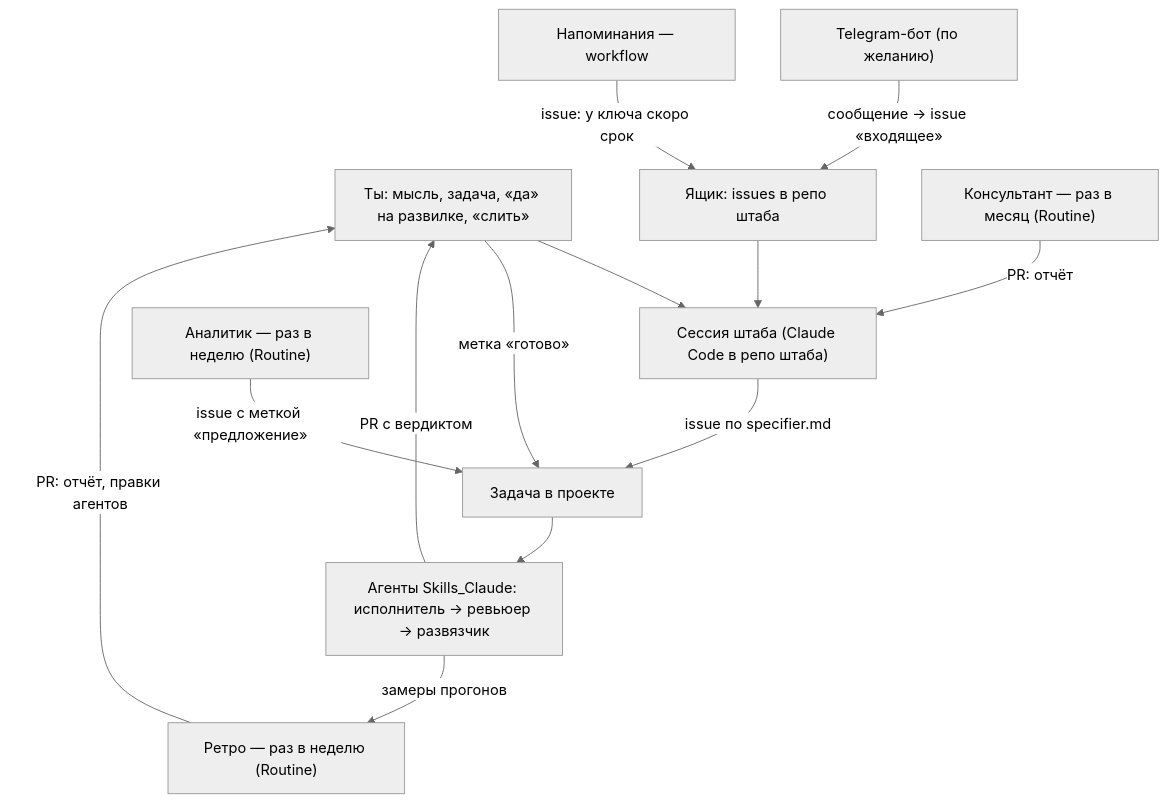
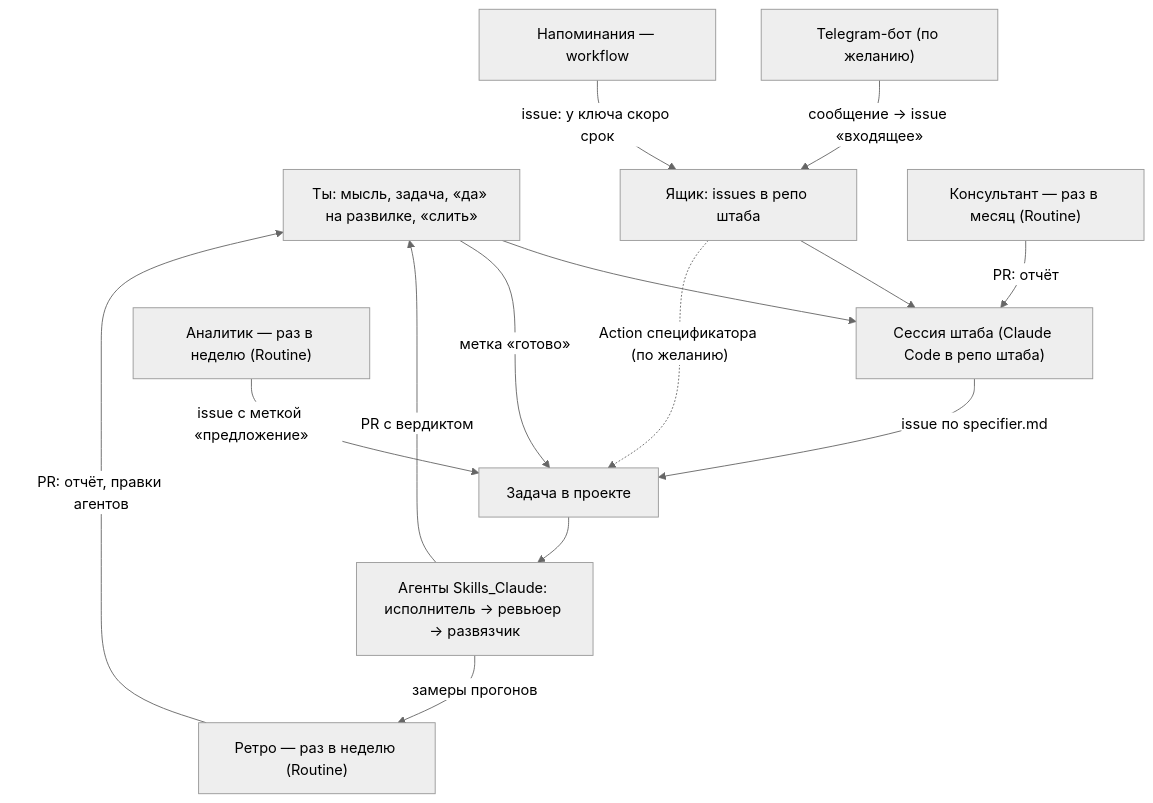
Before and after one commit to Gen-Dalchev/Skills_Claude: the diagram in docs/гайд-штаба.md, drawn with Mermaid (neutral theme). The commit also changed other lines of this file and 3 other files, not shown here.

````diff
--- a/docs/гайд-штаба.md
+++ b/docs/гайд-штаба.md
@@ -26,15 +26,16 @@
 ```mermaid
 flowchart TD
     Me["Ты: мысль, задача, «да» на развилке, «слить»"] --> S["Сессия штаба (Claude Code в репо штаба)"]
     TG["Telegram-бот (по желанию)"] -->|"сообщение → issue «входящее»"| Box["Ящик: issues в репо штаба"]
     Box --> S
     S -->|"issue по specifier.md"| P["Задача в проекте"]
+    Box -.->|"Action спецификатора (по желанию)"| P
     Me -->|"метка «готово»"| P
     P --> A["Агенты Skills_Claude: исполнитель → ревьюер → развязчик"]
     A -->|"PR с вердиктом"| Me
     A -->|"замеры прогонов"| R["Ретро — раз в неделю (Routine)"]
     R -->|"PR: отчёт, правки агентов"| Me
     An["Аналитик — раз в неделю (Routine)"] -->|"issue с меткой «предложение»"| P
     C["Консультант — раз в месяц (Routine)"] -->|"PR: отчёт"| S
     Rem["Напоминания — workflow"] -->|"issue: у ключа скоро срок"| Box
 ```
````
